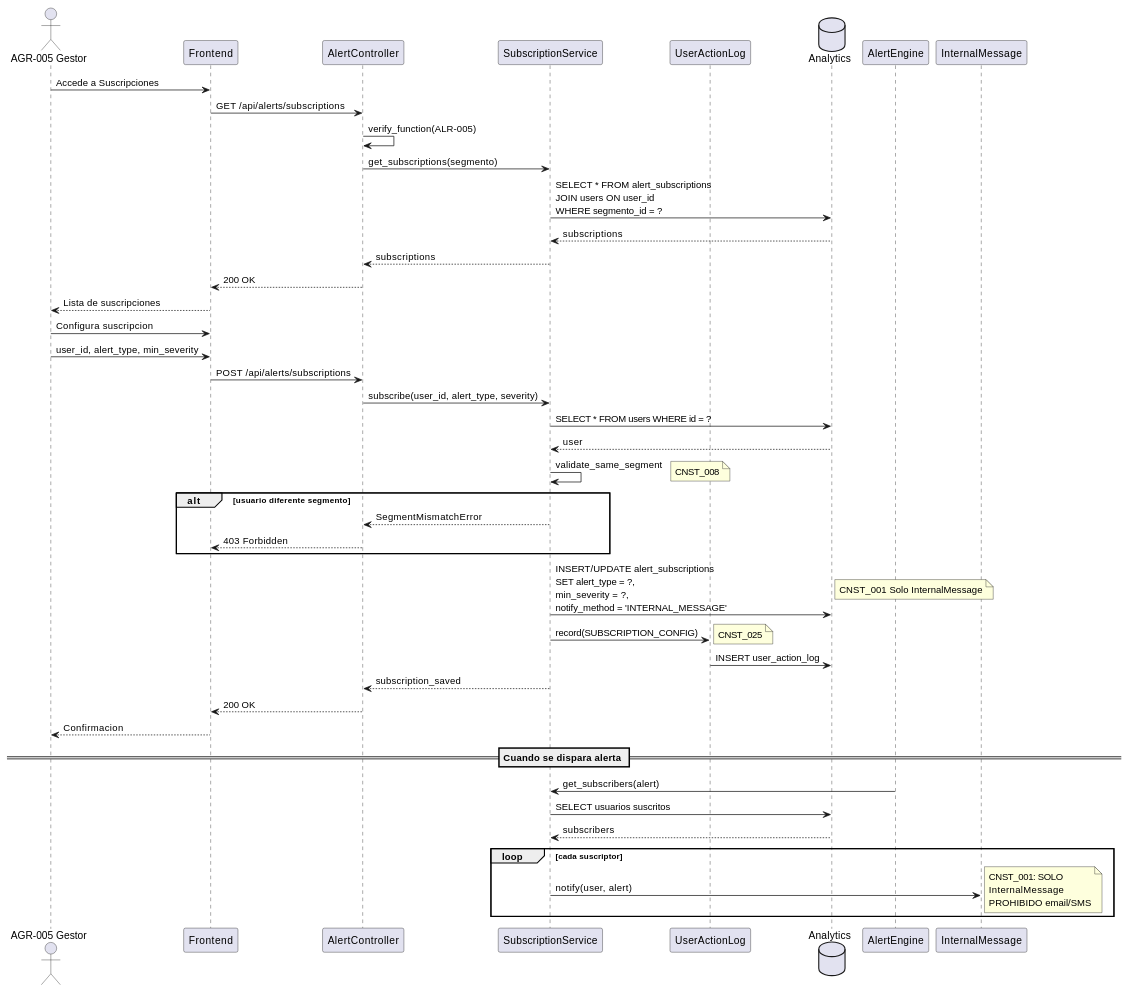
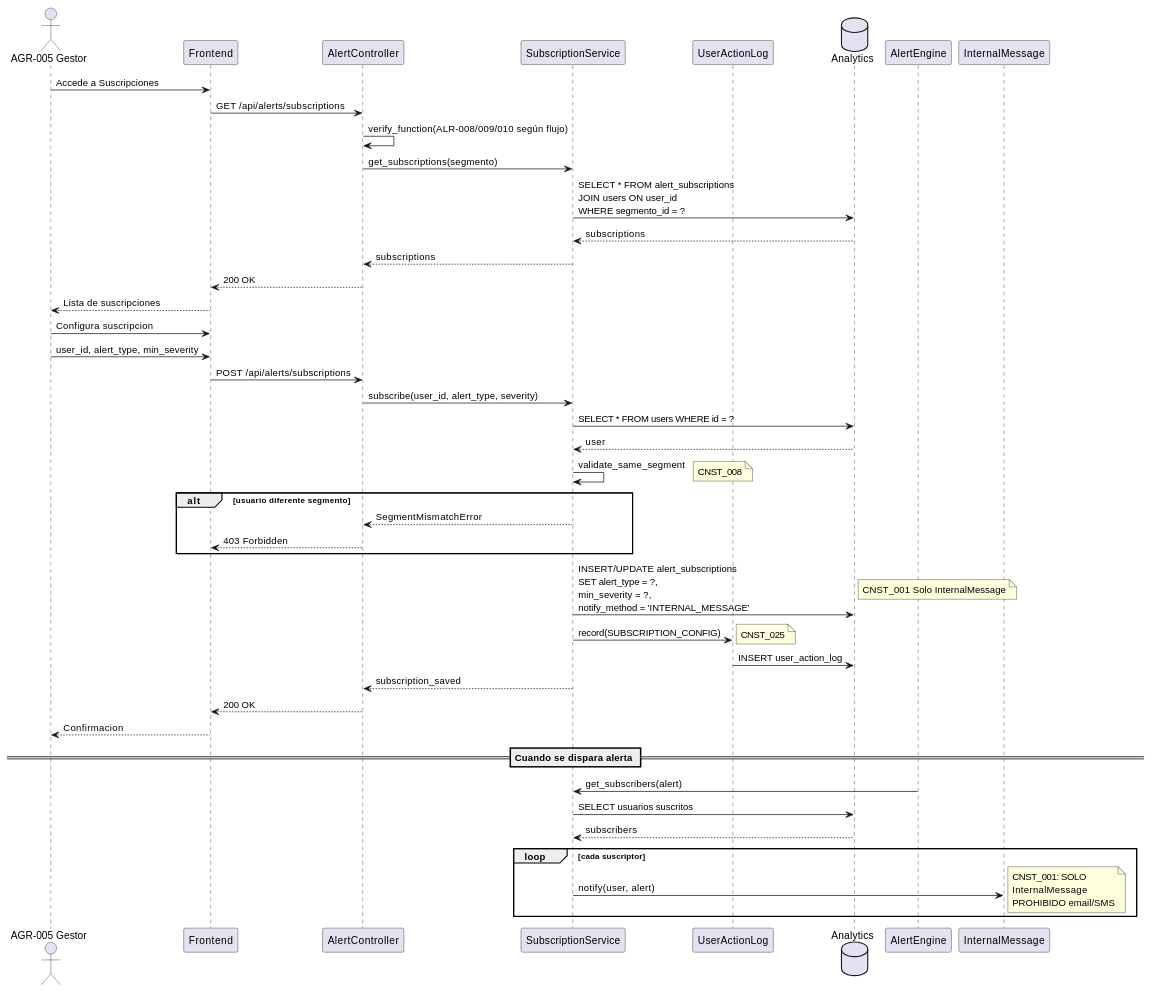
The second of 3 diagrams in source/requisitos/casos-uso/alerts/uc-alr-05-gestionar-suscripciones.rst (jcg-admin/IACT-docs), drawn with PlantUML before and after one commit. The commit also changed other lines of this file and 3 other files, not shown here.

```diff
--- a/source/requisitos/casos-uso/alerts/uc-alr-05-gestionar-suscripciones.rst
+++ b/source/requisitos/casos-uso/alerts/uc-alr-05-gestionar-suscripciones.rst
@@ -178,66 +178,66 @@
 .. uml::
  :caption: Diagrama de Secuencia - UC_ALR_05
 
  @startuml
  actor "AGR-005 Gestor" as G
  participant "Frontend" as FE
  participant "AlertController" as AC
  participant "SubscriptionService" as SS
  participant "UserActionLog" as UAL
  database "Analytics" as DB
 
  G -> FE: Accede a Suscripciones
  FE -> AC: GET /api/alerts/subscriptions
- AC -> AC: verify_function(ALR-005)
+ AC -> AC: verify_function(ALR-008/009/010 según flujo)
  AC -> SS: get_subscriptions(segmento)
  SS -> DB: SELECT * FROM alert_subscriptions\nJOIN users ON user_id\nWHERE segmento_id = ?
  DB --> SS: subscriptions
  SS --> AC: subscriptions
  AC --> FE: 200 OK
  FE --> G: Lista de suscripciones
 
  G -> FE: Configura suscripcion
  G -> FE: user_id, alert_type, min_severity
  FE -> AC: POST /api/alerts/subscriptions
  AC -> SS: subscribe(user_id, alert_type, severity)
 
  SS -> DB: SELECT * FROM users WHERE id = ?
  DB --> SS: user
 
  SS -> SS: validate_same_segment
  note right: CNST_008
 
  alt usuario diferente segmento
  SS --> AC: SegmentMismatchError
  AC --> FE: 403 Forbidden
  end
 
  SS -> DB: INSERT/UPDATE alert_subscriptions\nSET alert_type = ?,\nmin_severity = ?,\nnotify_method = 'INTERNAL_MESSAGE'
  note right: CNST_001 Solo InternalMessage
 
  SS -> UAL: record(SUBSCRIPTION_CONFIG)
  note right: CNST_025
  UAL -> DB: INSERT user_action_log
 
  SS --> AC: subscription_saved
  AC --> FE: 200 OK
  FE --> G: Confirmacion
 
  == Cuando se dispara alerta ==
 
  participant "AlertEngine" as AE
  participant "InternalMessage" as IM
 
  AE -> SS: get_subscribers(alert)
  SS -> DB: SELECT usuarios suscritos
  DB --> SS: subscribers
 
  loop cada suscriptor
  SS -> IM: notify(user, alert)
  note right
  CNST_001: SOLO
  InternalMessage
  PROHIBIDO email/SMS
  end note
  end
  @enduml
```
